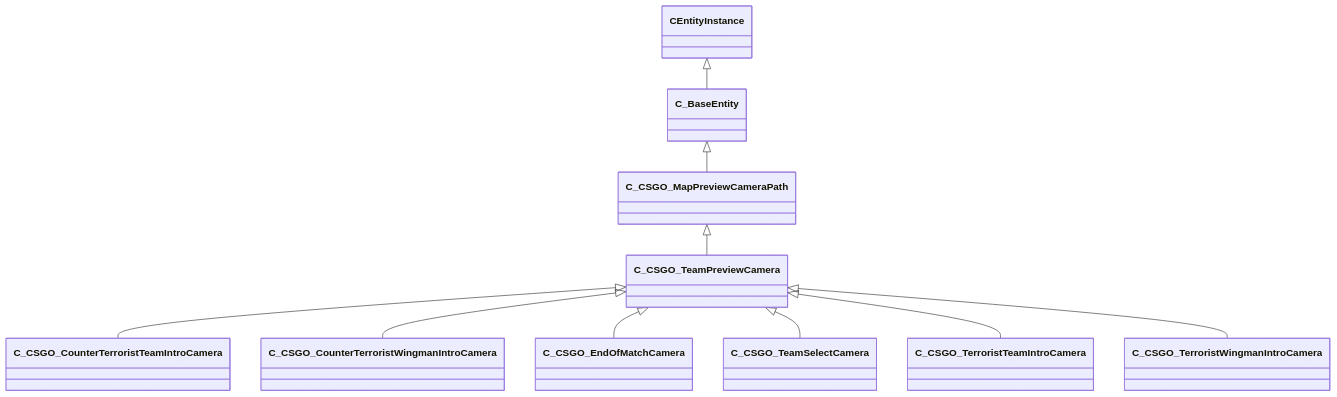
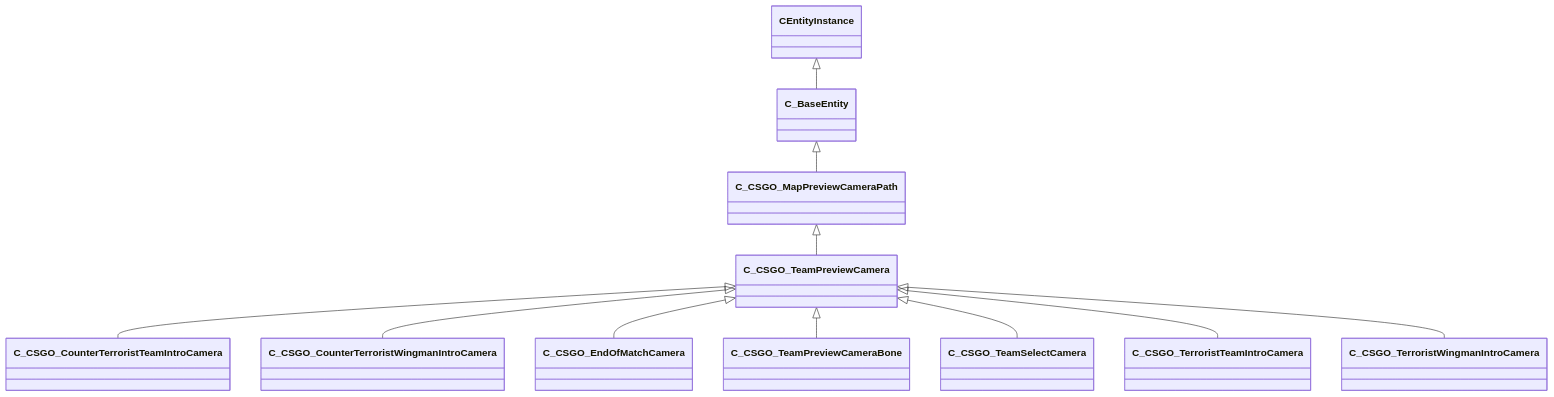
The diagram in docs/generated/schemas/client/C_CSGO_TeamPreviewCamera.md (CS2OpenDev/CS2OpenDev-Docs), drawn with Mermaid before and after one commit. The commit also changed other lines of this file and 4654 other files, not shown here.

Commit message:
docs: regenerate for SchemaTracker build 25947352 [skip ci]

````diff
--- a/docs/generated/schemas/client/C_CSGO_TeamPreviewCamera.md
+++ b/docs/generated/schemas/client/C_CSGO_TeamPreviewCamera.md
@@ -21,12 +21,13 @@
 ```mermaid
 classDiagram
     C_CSGO_MapPreviewCameraPath <|-- C_CSGO_TeamPreviewCamera
     C_BaseEntity <|-- C_CSGO_MapPreviewCameraPath
     CEntityInstance <|-- C_BaseEntity
     C_CSGO_TeamPreviewCamera <|-- C_CSGO_CounterTerroristTeamIntroCamera
     C_CSGO_TeamPreviewCamera <|-- C_CSGO_CounterTerroristWingmanIntroCamera
     C_CSGO_TeamPreviewCamera <|-- C_CSGO_EndOfMatchCamera
+    C_CSGO_TeamPreviewCamera <|-- C_CSGO_TeamPreviewCameraBone
     C_CSGO_TeamPreviewCamera <|-- C_CSGO_TeamSelectCamera
     C_CSGO_TeamPreviewCamera <|-- C_CSGO_TerroristTeamIntroCamera
     C_CSGO_TeamPreviewCamera <|-- C_CSGO_TerroristWingmanIntroCamera
 ```
````
